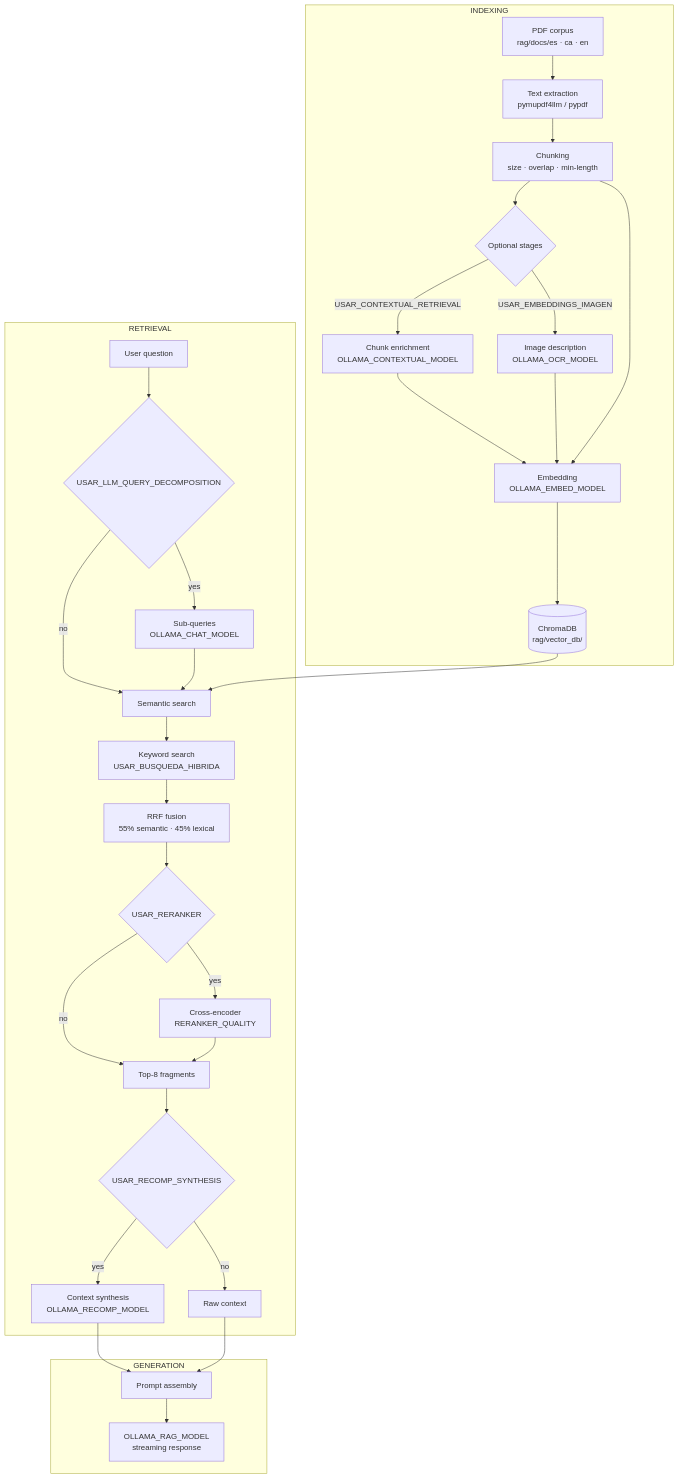
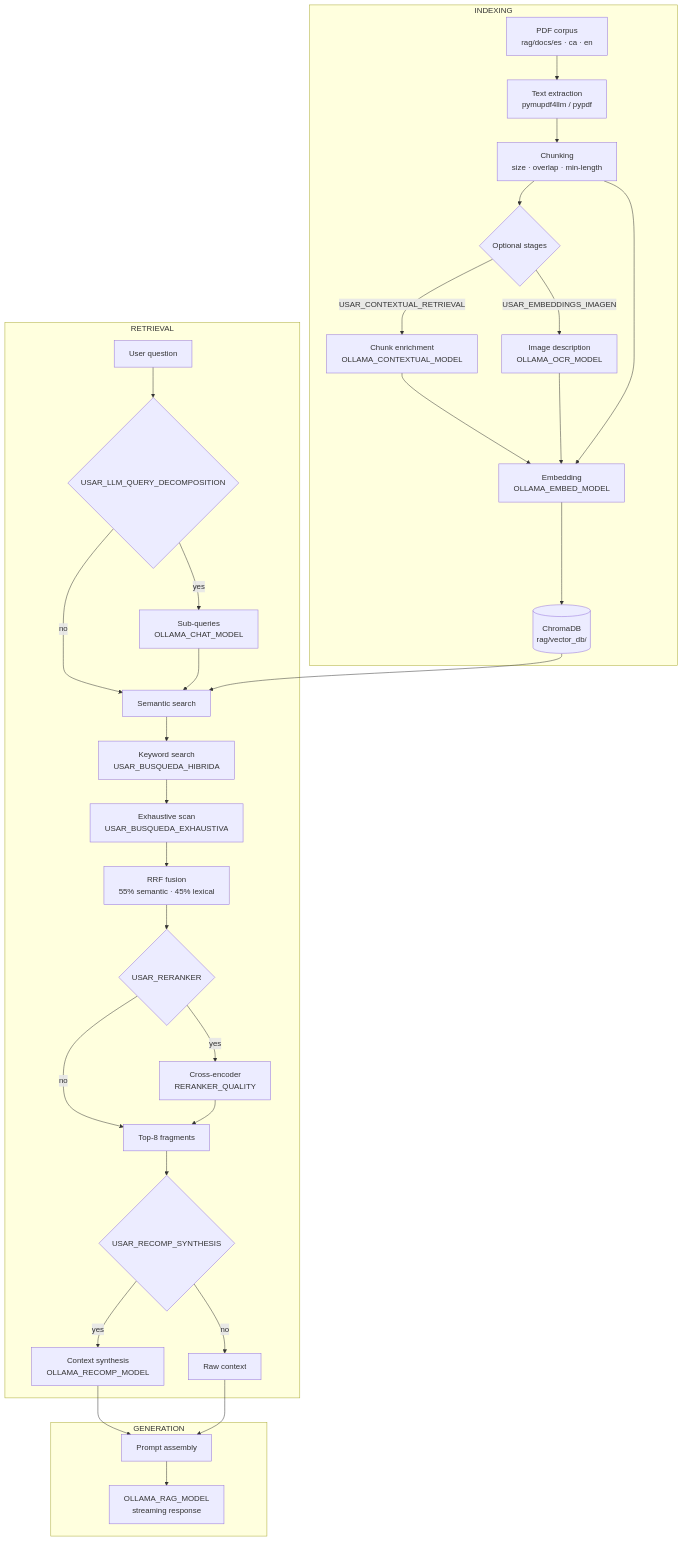
The diagram in README.md (iDiagoValeta/localOllamaRAG), drawn with Mermaid before and after one commit. The commit also changed other lines of this file and 1 other file, not shown here.

````diff
--- a/README.md
+++ b/README.md
@@ -51,35 +51,36 @@
 ```mermaid
 flowchart TD
     subgraph INDEXING
         A[PDF corpus\nrag/docs/es · ca · en] --> B[Text extraction\npymupdf4llm / pypdf]
         B --> C[Chunking\nsize · overlap · min-length]
         C --> D{Optional stages}
         D -->|USAR_CONTEXTUAL_RETRIEVAL| E[Chunk enrichment\nOLLAMA_CONTEXTUAL_MODEL]
         D -->|USAR_EMBEDDINGS_IMAGEN| F[Image description\nOLLAMA_OCR_MODEL]
         E --> G[Embedding\nOLLAMA_EMBED_MODEL]
         F --> G
         C --> G
         G --> H[(ChromaDB\nrag/vector_db/)]
     end
     subgraph RETRIEVAL
         I[User question] --> J{USAR_LLM_QUERY_DECOMPOSITION}
         J -->|yes| K[Sub-queries\nOLLAMA_CHAT_MODEL]
         J -->|no| L[Semantic search]
         K --> L
         L --> M[Keyword search\nUSAR_BUSQUEDA_HIBRIDA]
-        M --> N[RRF fusion\n55% semantic · 45% lexical]
+        M --> M2[Exhaustive scan\nUSAR_BUSQUEDA_EXHAUSTIVA]
+        M2 --> N[RRF fusion\n55% semantic · 45% lexical]
         N --> O{USAR_RERANKER}
         O -->|yes| P[Cross-encoder\nRERANKER_QUALITY]
         O -->|no| Q[Top-8 fragments]
         P --> Q
         Q --> R{USAR_RECOMP_SYNTHESIS}
         R -->|yes| S[Context synthesis\nOLLAMA_RECOMP_MODEL]
         R -->|no| T[Raw context]
     end
     subgraph GENERATION
         S --> U[Prompt assembly]
         T --> U
         U --> V[OLLAMA_RAG_MODEL\nstreaming response]
     end
     H --> L
 ```
````
